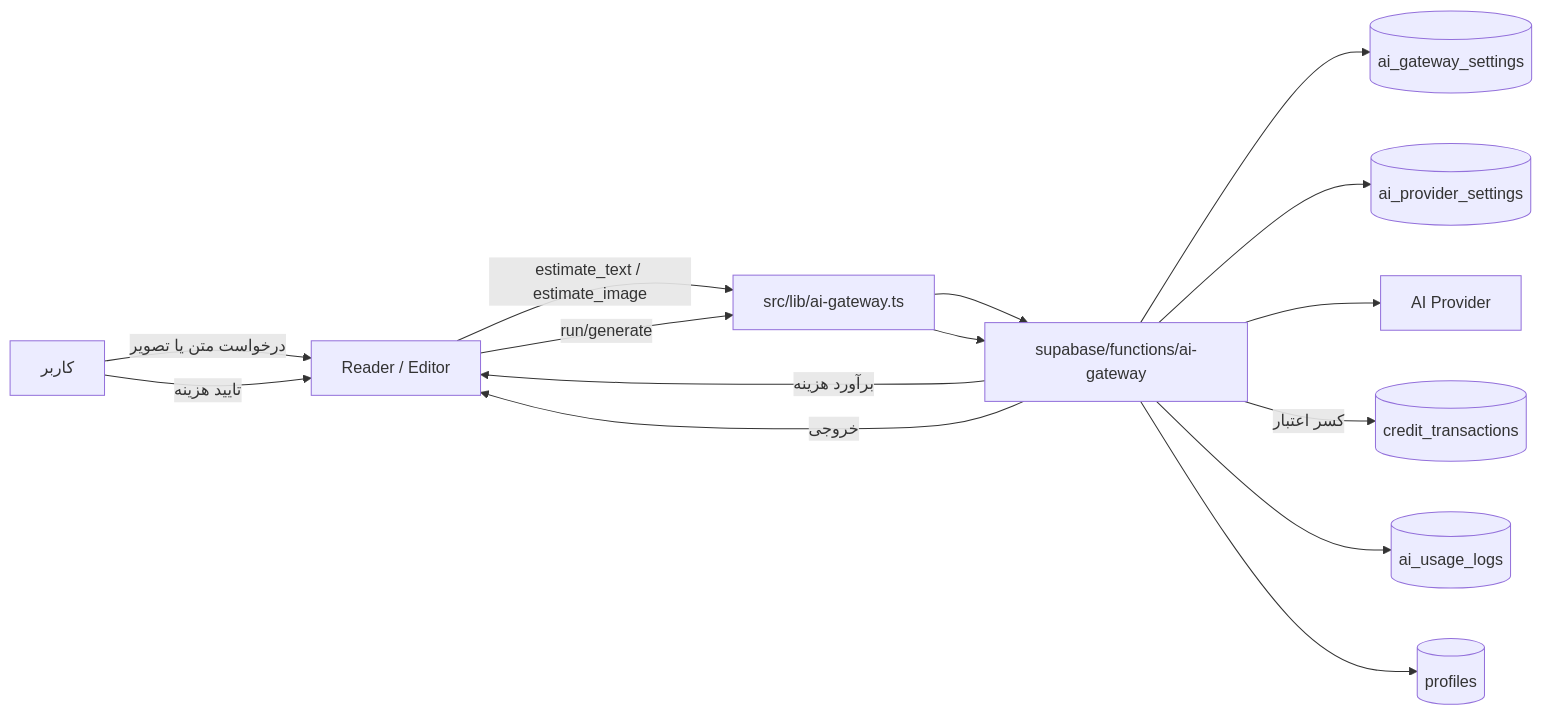
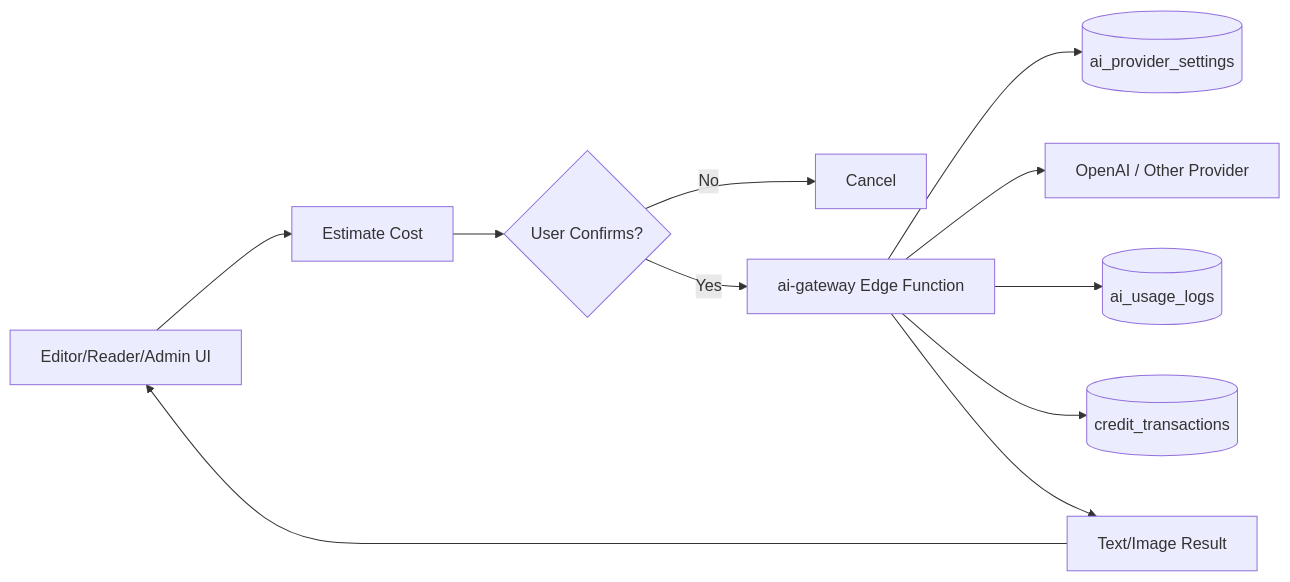
The sixth of 7 diagrams in docs/DFD_ERD_SECURITY_REFERENCE.md (hamid1234567/metabooki), drawn with Mermaid before and after one commit. The commit also changed other lines of this file and 4 other files, not shown here.

````diff
--- a/docs/DFD_ERD_SECURITY_REFERENCE.md
+++ b/docs/DFD_ERD_SECURITY_REFERENCE.md
@@ -231,28 +106,13 @@
 ```mermaid
 flowchart LR
-  user[کاربر]
-  editorOrReader[Reader / Editor]
-  clientGateway[src/lib/ai-gateway.ts]
-  edgeGateway[supabase/functions/ai-gateway]
-  settings[(ai_gateway_settings)]
-  providers[(ai_provider_settings)]
-  credits[(credit_transactions)]
-  logs[(ai_usage_logs)]
-  profile[(profiles)]
-  aiProvider[AI Provider]
-
-  user -->|درخواست متن یا تصویر| editorOrReader
-  editorOrReader -->|estimate_text / estimate_image| clientGateway
-  clientGateway --> edgeGateway
-  edgeGateway --> settings
-  edgeGateway --> providers
-  edgeGateway -->|برآورد هزینه| editorOrReader
-  user -->|تایید هزینه| editorOrReader
-  editorOrReader -->|run/generate| clientGateway
-  clientGateway --> edgeGateway
-  edgeGateway --> aiProvider
-  edgeGateway -->|کسر اعتبار| credits
-  edgeGateway --> logs
-  edgeGateway --> profile
-  edgeGateway -->|خروجی| editorOrReader
+  Editor[Editor/Reader/Admin UI] --> Estimate[Estimate Cost]
+  Estimate --> Confirm{User Confirms?}
+  Confirm -- No --> Stop[Cancel]
+  Confirm -- Yes --> Gateway[ai-gateway Edge Function]
+  Gateway --> Settings[(ai_provider_settings)]
+  Gateway --> Provider[OpenAI / Other Provider]
+  Gateway --> Usage[(ai_usage_logs)]
+  Gateway --> Credit[(credit_transactions)]
+  Gateway --> Result[Text/Image Result]
+  Result --> Editor
 ```
````
